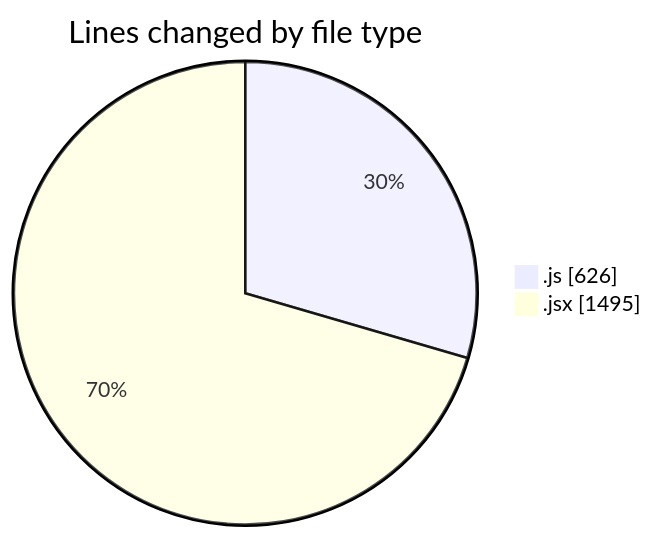
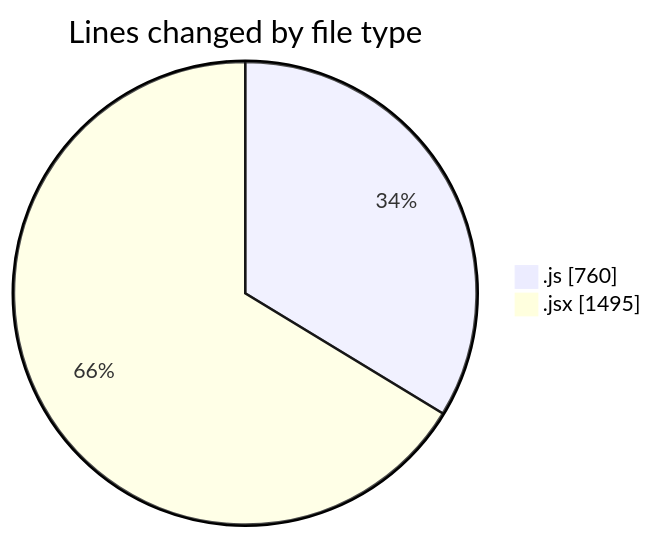
Before and after one commit to nxtqubesakshisongat/code-tracking: the first of 2 diagrams in 2025-07-01/argos/README.md, drawn with Mermaid. The commit also changed other lines of this file and 1 other file, not shown here.

````diff
--- a/2025-07-01/argos/README.md
+++ b/2025-07-01/argos/README.md
@@ -26,6 +27,6 @@
 ```mermaid
 pie showData
 title Lines changed by file type
-".js" : 626
+".js" : 760
 ".jsx" : 1495
 ```
````
